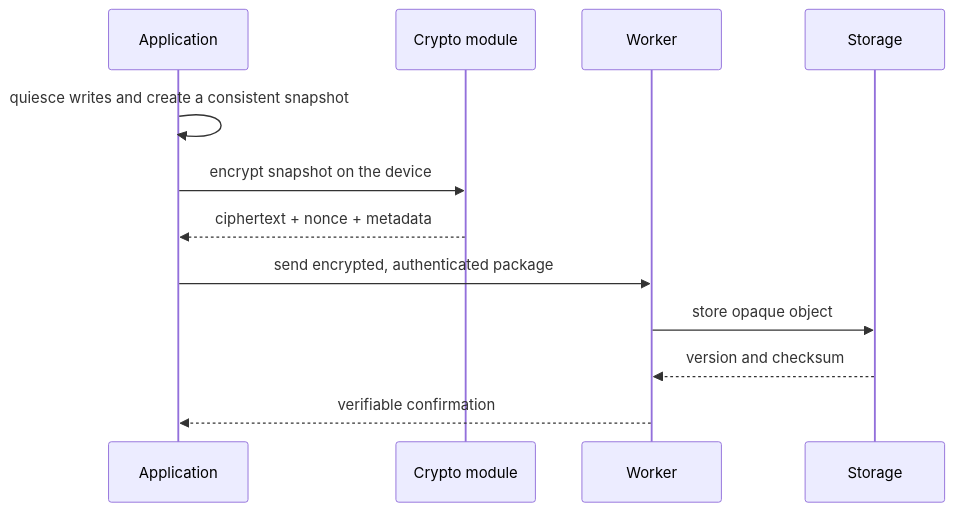
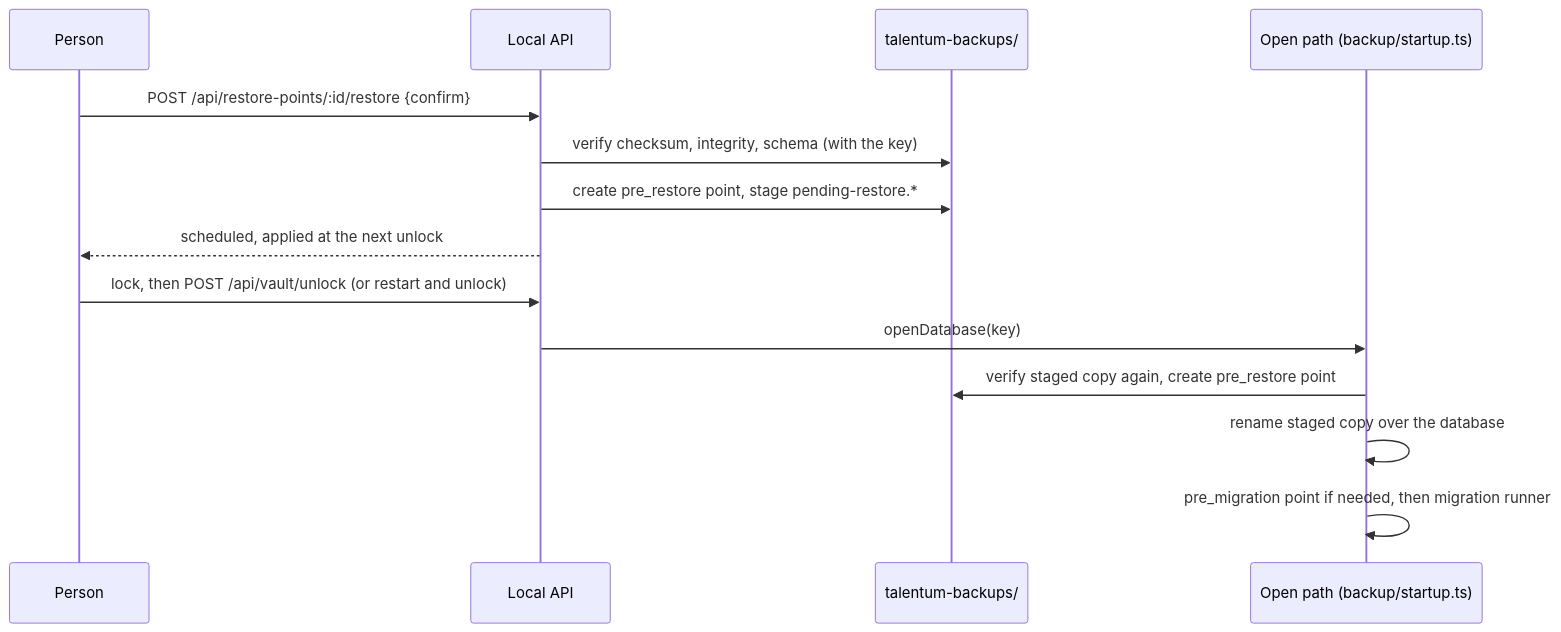
One commit to luizfelipe-pacifico/talentum changed the seventh of 8 diagrams in docs/ARCHITECTURE.md. Above: the diagram before and after it, drawn with Mermaid. The commit also changed other lines of this file and 411 other files, not shown here.

````diff
--- a/docs/ARCHITECTURE.md
+++ b/docs/ARCHITECTURE.md
@@ -305,14 +358,16 @@
 ```mermaid
 sequenceDiagram
-    participant A as Application
-    participant C as Crypto module
-    participant W as Worker
-    participant O as Storage
-    A->>A: quiesce writes and create a consistent snapshot
-    A->>C: encrypt snapshot on the device
-    C-->>A: ciphertext + nonce + metadata
-    A->>W: send encrypted, authenticated package
-    W->>O: store opaque object
-    O-->>W: version and checksum
-    W-->>A: verifiable confirmation
+    participant U as Person
+    participant A as Local API
+    participant D as talentum-backups/
+    participant O as Open path (backup/startup.ts)
+    U->>A: POST /api/restore-points/:id/restore {confirm}
+    A->>D: verify checksum, integrity, schema (with the key)
+    A->>D: create pre_restore point, stage pending-restore.*
+    A-->>U: scheduled, applied at the next unlock
+    U->>A: lock, then POST /api/vault/unlock (or restart and unlock)
+    A->>O: openDatabase(key)
+    O->>D: verify staged copy again, create pre_restore point
+    O->>O: rename staged copy over the database
+    O->>O: pre_migration point if needed, then migration runner
 ```
````
